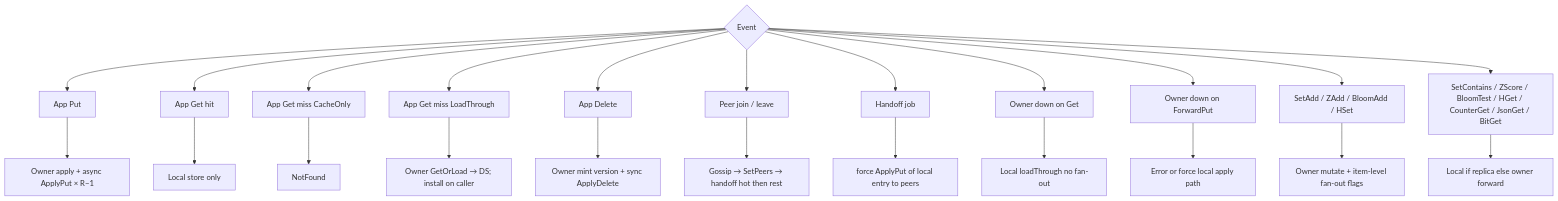
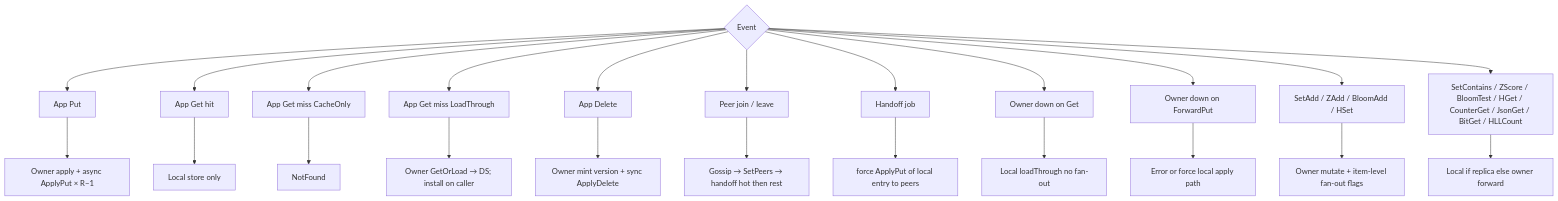
One commit to Code0987/supercache changed diagram 18 of 18 in docs/CLUSTER_FLOWS.md. Above: the diagram before and after it, drawn with Mermaid. The commit also changed other lines of this file and 39 other files, not shown here.

````diff
--- a/docs/CLUSTER_FLOWS.md
+++ b/docs/CLUSTER_FLOWS.md
@@ -401,26 +402,26 @@
 ```mermaid
 flowchart TD
   E{"Event"} --> E1["App Put"]
   E --> E2["App Get hit"]
   E --> E3["App Get miss CacheOnly"]
   E --> E4["App Get miss LoadThrough"]
   E --> E5["App Delete"]
   E --> E6["Peer join / leave"]
   E --> E7["Handoff job"]
   E --> E8["Owner down on Get"]
   E --> E9["Owner down on ForwardPut"]
   E --> E10["SetAdd / ZAdd / BloomAdd / HSet"]
-  E --> E11["SetContains / ZScore / BloomTest / HGet / CounterGet / JsonGet / BitGet"]
+  E --> E11["SetContains / ZScore / BloomTest / HGet / CounterGet / JsonGet / BitGet / HLLCount"]
 
   E1 --> A1["Owner apply + async ApplyPut × R−1"]
   E2 --> A2["Local store only"]
   E3 --> A3["NotFound"]
   E4 --> A4["Owner GetOrLoad → DS; install on caller"]
   E5 --> A5["Owner mint version + sync ApplyDelete"]
   E6 --> A6["Gossip → SetPeers → handoff hot then rest"]
   E7 --> A7["force ApplyPut of local entry to peers"]
   E8 --> A8["Local loadThrough no fan-out"]
   E9 --> A9["Error or force local apply path"]
   E10 --> A10["Owner mutate + item-level fan-out flags"]
   E11 --> A11["Local if replica else owner forward"]
 ```
````
